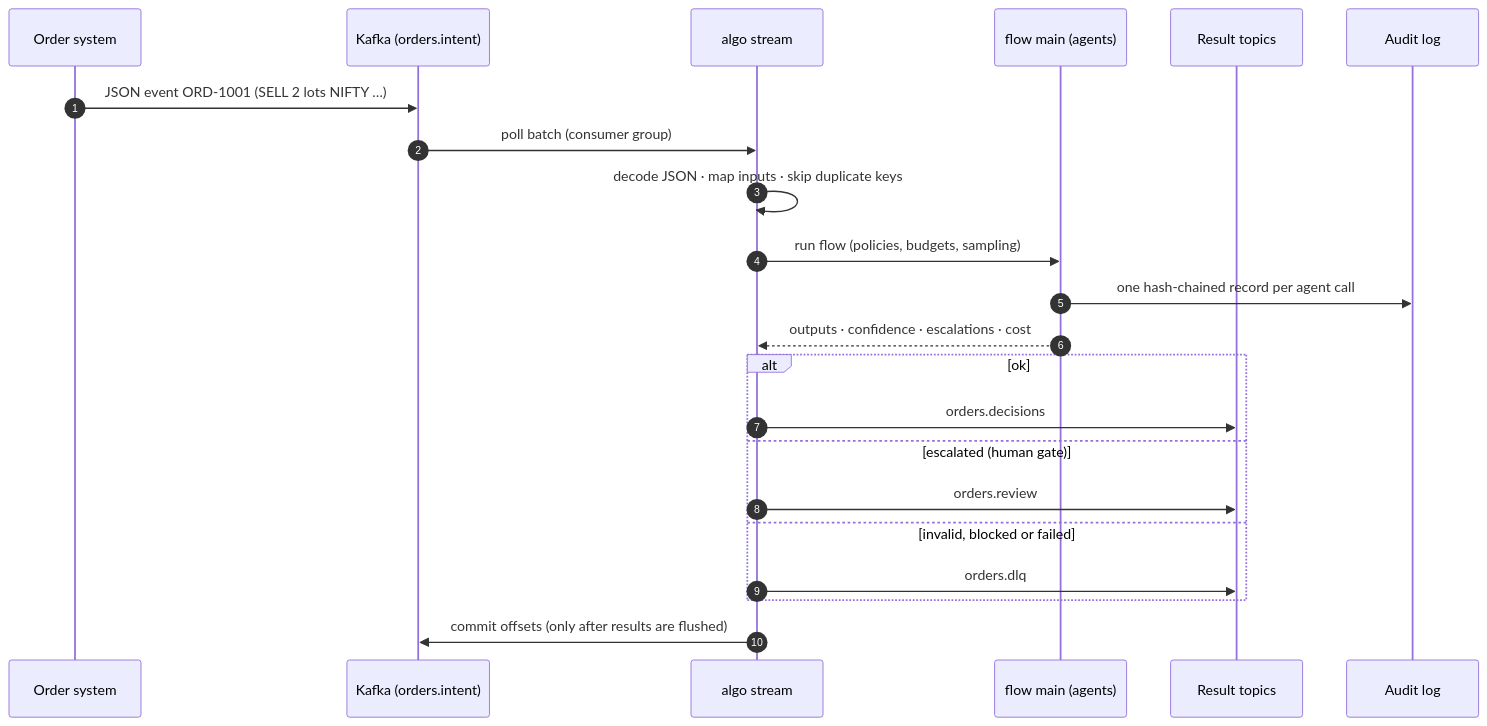
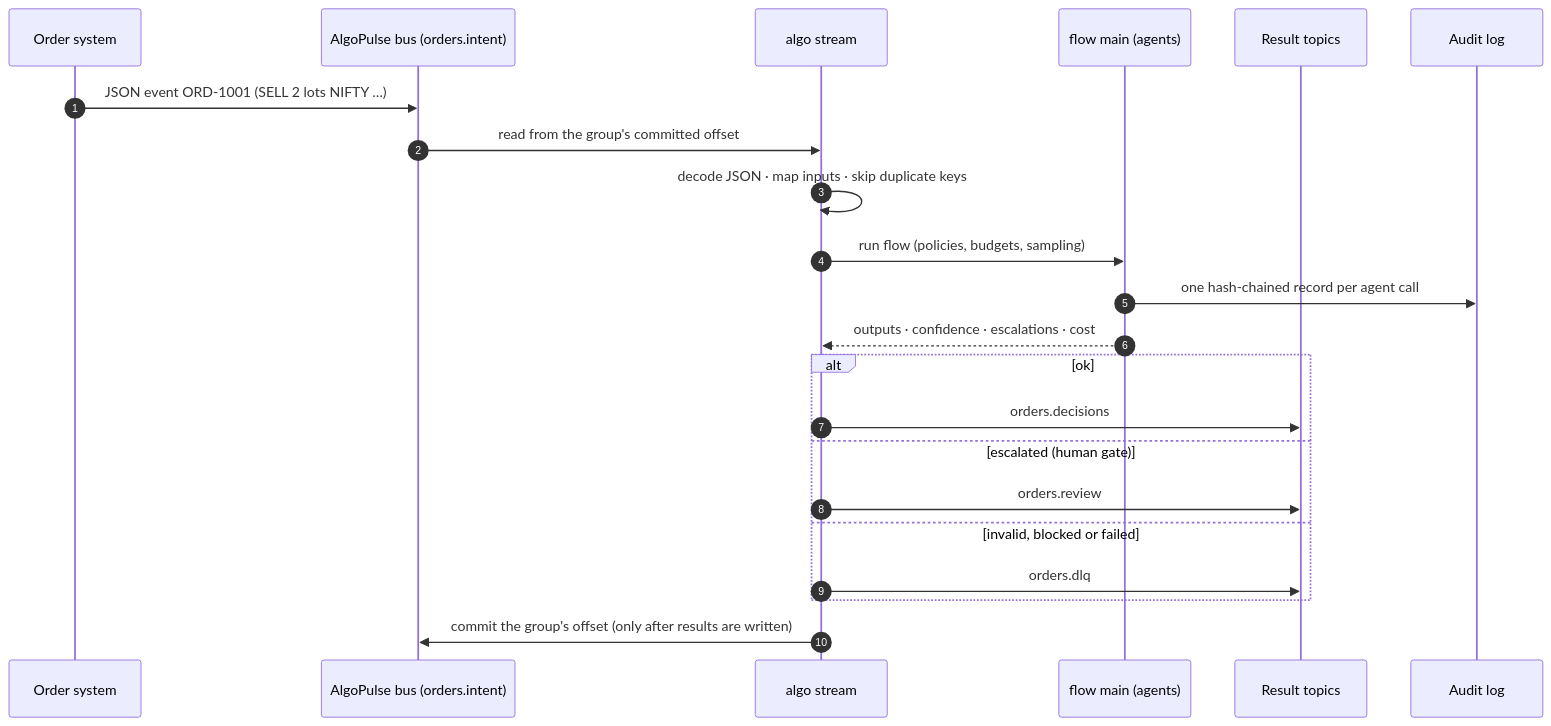
One commit to drssnaiml1-cell/algolang changed the second of 4 diagrams in README.md. Above: the diagram before and after it, drawn with Mermaid. The commit also changed other lines of this file and 95 other files, not shown here.

First line of the commit message:
AlgoLang v0.3.4: AlgoPulse event engine, live figures everywhere

````diff
--- a/README.md
+++ b/README.md
@@ -270,24 +285,24 @@
 ```mermaid
 sequenceDiagram
     autonumber
     participant P as Order system
-    participant K as Kafka (orders.intent)
+    participant B as AlgoPulse bus (orders.intent)
     participant S as algo stream
     participant F as flow main (agents)
     participant R as Result topics
     participant A as Audit log
-    P->>K: JSON event ORD-1001 (SELL 2 lots NIFTY …)
-    K->>S: poll batch (consumer group)
+    P->>B: JSON event ORD-1001 (SELL 2 lots NIFTY …)
+    B->>S: read from the group's committed offset
     S->>S: decode JSON · map inputs · skip duplicate keys
     S->>F: run flow (policies, budgets, sampling)
     F->>A: one hash-chained record per agent call
     F-->>S: outputs · confidence · escalations · cost
     alt ok
         S->>R: orders.decisions
     else escalated (human gate)
         S->>R: orders.review
     else invalid, blocked or failed
         S->>R: orders.dlq
     end
-    S->>K: commit offsets (only after results are flushed)
+    S->>B: commit the group's offset (only after results are written)
 ```
````
